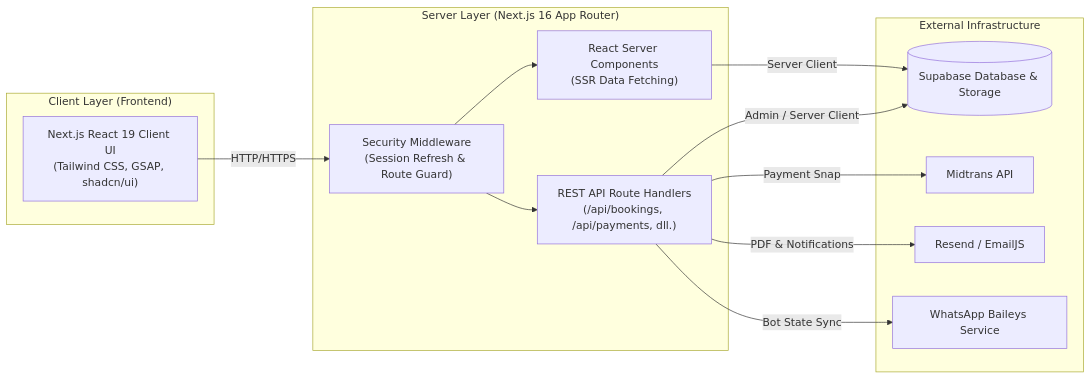
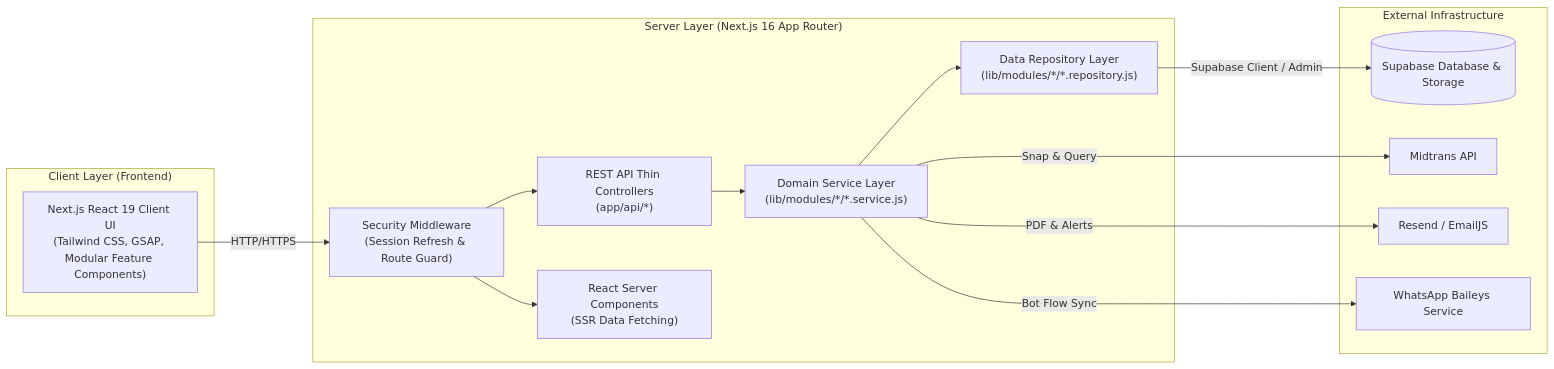
The second of 3 diagrams in docs/C4-ARCHITECTURE.md (2Hafast8/NekoStay), drawn with Mermaid before and after one commit. The commit also changed other lines of this file and 53 other files, not shown here.

Commit message:
feat: modular architecture restructuring, fix booking edit generated columns, and adaptive class chart colors

````diff
--- a/docs/C4-ARCHITECTURE.md
+++ b/docs/C4-ARCHITECTURE.md
@@ -39,28 +40,31 @@
 ```mermaid
 flowchart LR
     subgraph ClientLayer ["Client Layer (Frontend)"]
-        Browser["Next.js React 19 Client UI\n(Tailwind CSS, GSAP, shadcn/ui)"]
+        Browser["Next.js React 19 Client UI\n(Tailwind CSS, GSAP, Modular Feature Components)"]
     end
 
     subgraph ServerLayer ["Server Layer (Next.js 16 App Router)"]
         Middleware["Security Middleware\n(Session Refresh & Route Guard)"]
-        ApiRoutes["REST API Route Handlers\n(/api/bookings, /api/payments, dll.)"]
+        ApiRoutes["REST API Thin Controllers\n(app/api/*)"]
+        DomainServices["Domain Service Layer\n(lib/modules/*/*.service.js)"]
+        DataRepositories["Data Repository Layer\n(lib/modules/*/*.repository.js)"]
         ServerComp["React Server Components\n(SSR Data Fetching)"]
     end
 
     subgraph ExternalServices ["External Infrastructure"]
         SupaDB[("Supabase Database & Storage")]
         MidtransAPI["Midtrans API"]
         EmailService["Resend / EmailJS"]
         WABot["WhatsApp Baileys Service"]
     end
 
     Browser -->|HTTP/HTTPS| Middleware
     Middleware --> ServerComp
     Middleware --> ApiRoutes
-    ServerComp -->|Server Client| SupaDB
-    ApiRoutes -->|Admin / Server Client| SupaDB
-    ApiRoutes -->|Payment Snap| MidtransAPI
-    ApiRoutes -->|PDF & Notifications| EmailService
-    ApiRoutes -->|Bot State Sync| WABot
+    ApiRoutes --> DomainServices
+    DomainServices --> DataRepositories
+    DataRepositories -->|Supabase Client / Admin| SupaDB
+    DomainServices -->|Snap & Query| MidtransAPI
+    DomainServices -->|PDF & Alerts| EmailService
+    DomainServices -->|Bot Flow Sync| WABot
 ```
````
